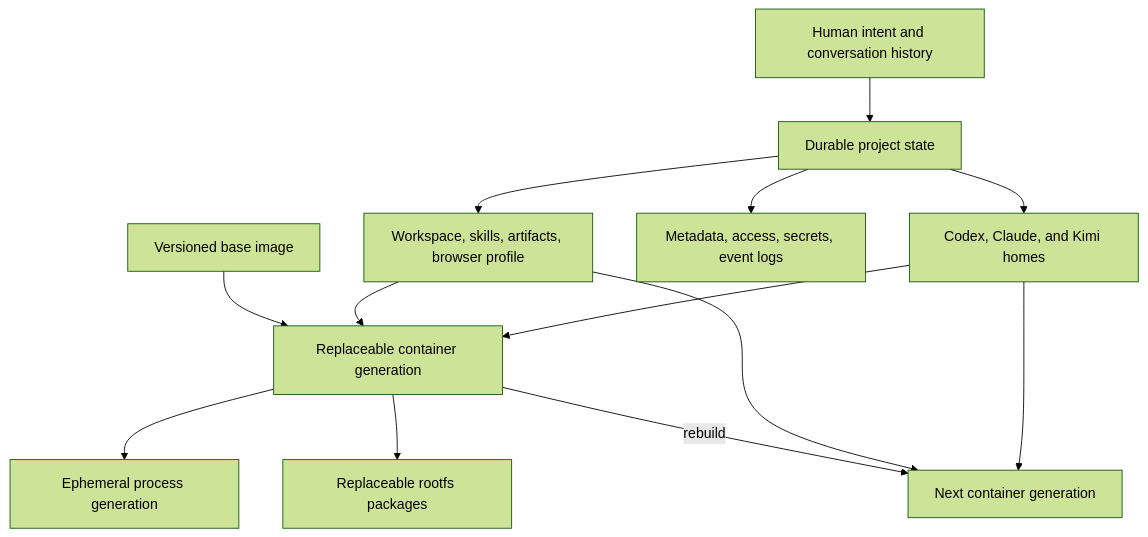
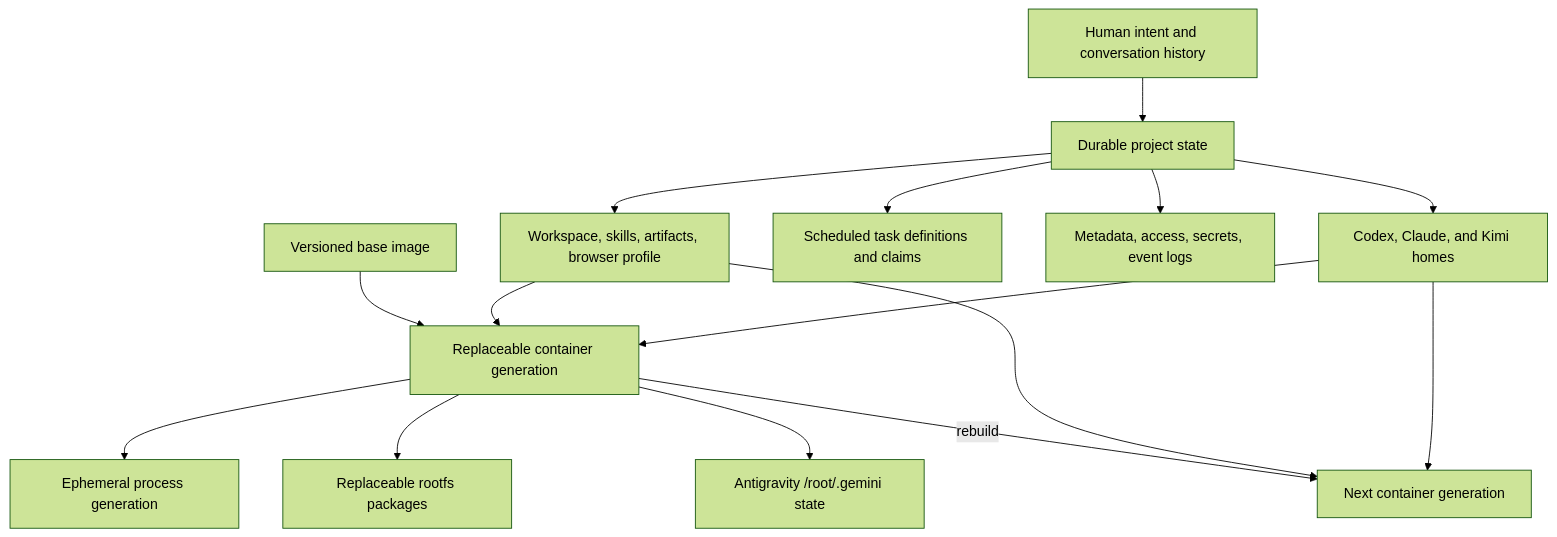
The seventh of 8 diagrams in docs/01-overview/00-philosophy.md (AbdallahMohamedDotnet/remote.futrx), drawn with Mermaid (forest theme) before and after one commit. The commit also changed other lines of this file and 25 other files, not shown here.

````diff
--- a/docs/01-overview/00-philosophy.md
+++ b/docs/01-overview/00-philosophy.md
@@ -308,17 +322,19 @@
 ```mermaid
 flowchart TB
     Intent["Human intent and conversation history"] --> ProjectState["Durable project state"]
     ProjectState --> Workspace["Workspace, skills, artifacts, browser profile"]
     ProjectState --> AgentHomes["Codex, Claude, and Kimi homes"]
+    ProjectState --> Scheduled["Scheduled task definitions and claims"]
     ProjectState --> Metadata["Metadata, access, secrets, event logs"]
 
     Base["Versioned base image"] --> Runtime["Replaceable container generation"]
     Workspace --> Runtime
     AgentHomes --> Runtime
     Runtime --> Processes["Ephemeral process generation"]
     Runtime --> Packages["Replaceable rootfs packages"]
+    Runtime --> AntigravityState["Antigravity /root/.gemini state"]
 
     Runtime -->|"rebuild"| NextRuntime["Next container generation"]
     Workspace --> NextRuntime
     AgentHomes --> NextRuntime
 ```
````
